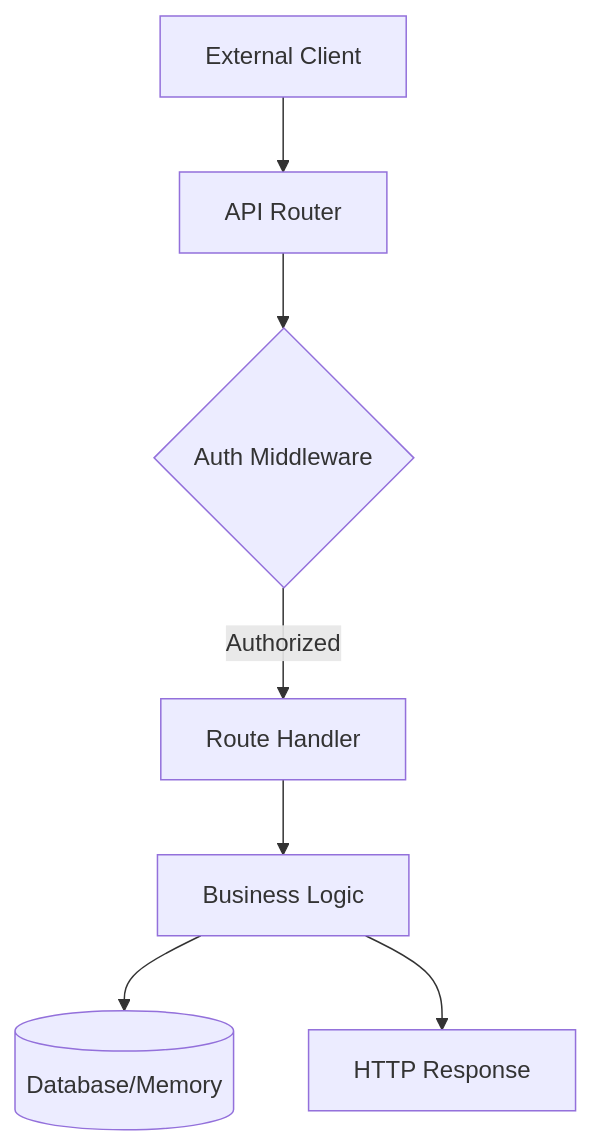
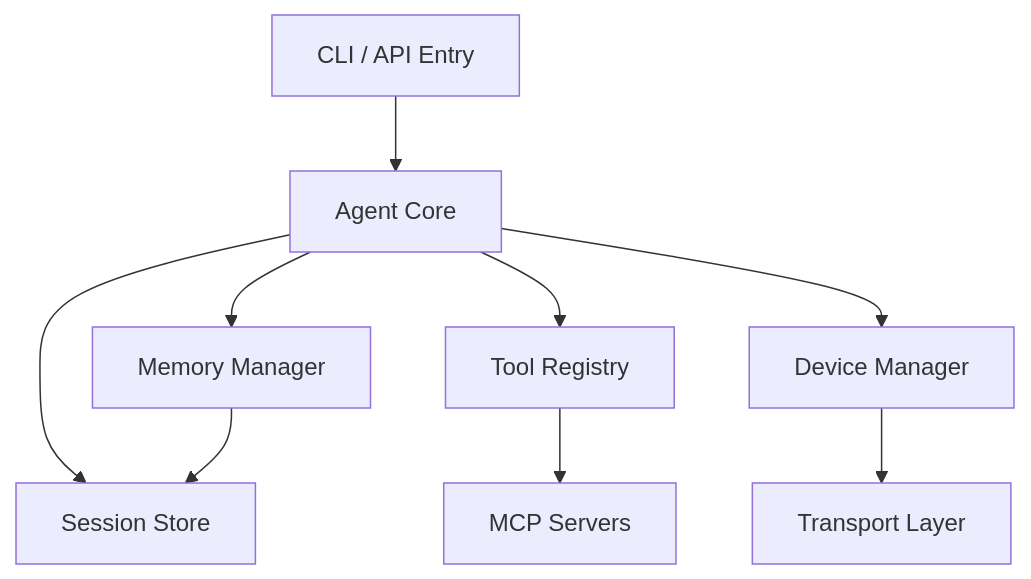
Before and after one commit to phuetz/code-buddy: the diagram in .codebuddy/docs/9-api-reference.md, drawn with Mermaid. The commit also changed other lines of this file and 54 other files, not shown here.

````diff
--- a/.codebuddy/docs/9-api-reference.md
+++ b/.codebuddy/docs/9-api-reference.md
@@ -40,9 +52,11 @@
 ```mermaid
 graph TD
-    Client[External Client] --> Router[API Router]
-    Router --> Auth{Auth Middleware}
-    Auth -->|Authorized| Handler[Route Handler]
-    Handler --> Logic[Business Logic]
-    Logic --> DB[(Database/Memory)]
-    Logic --> Response[HTTP Response]
+    A[CLI / API Entry] --> B[Agent Core]
+    B --> C[Memory Manager]
+    B --> D[Tool Registry]
+    B --> E[Device Manager]
+    B --> F[Session Store]
+    C --> F
+    D --> G[MCP Servers]
+    E --> H[Transport Layer]
 ```
````
